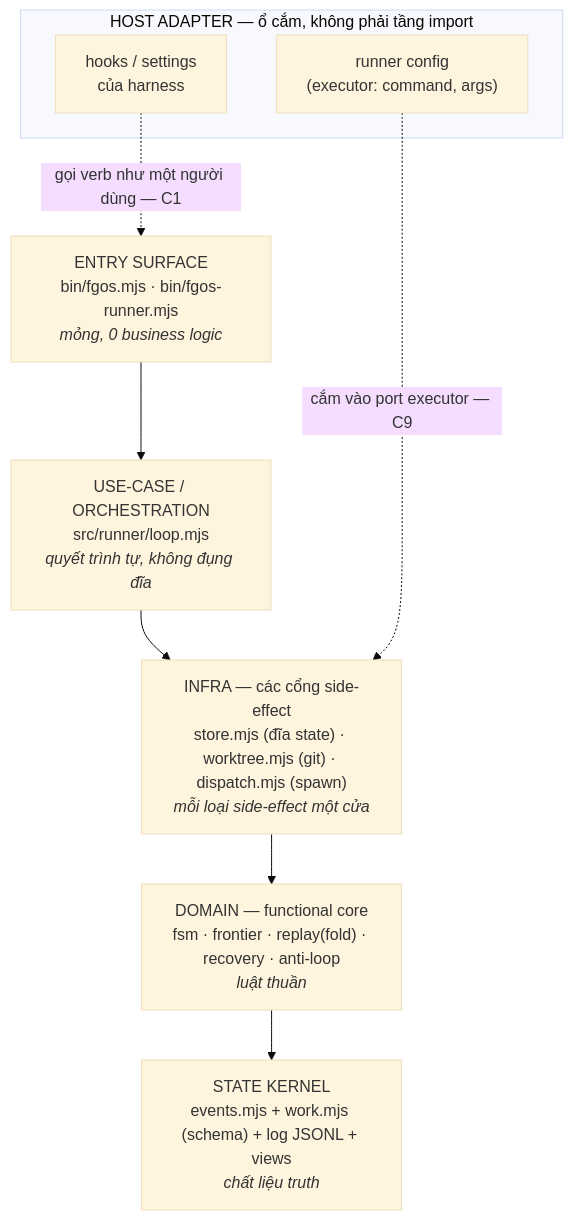
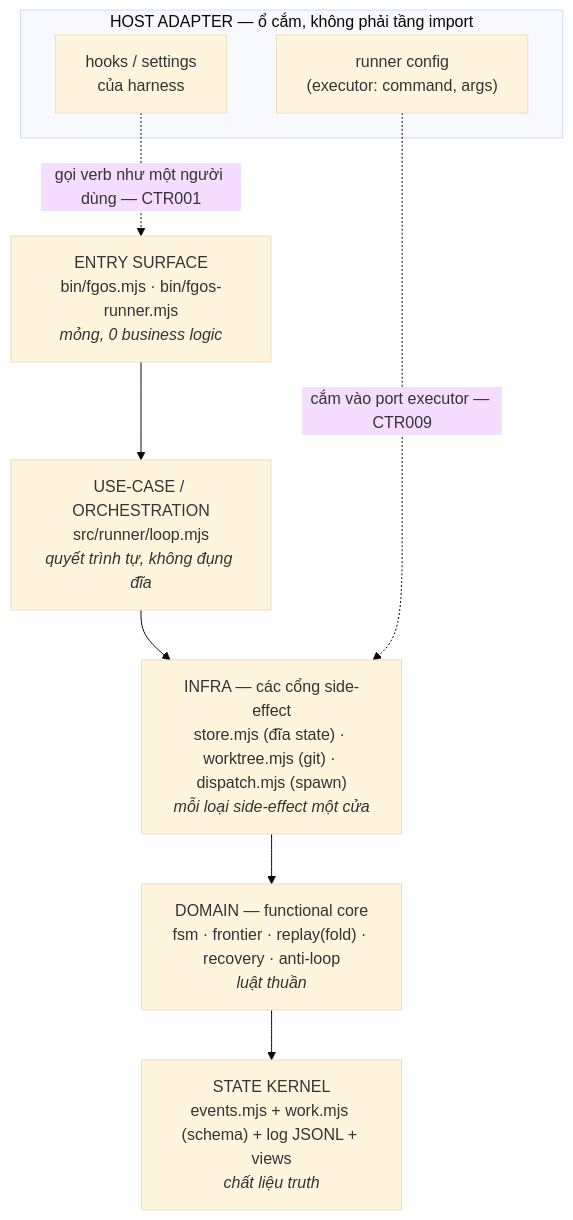
One commit to vantt/forgent changed the second of 5 diagrams in docs/architecture-map.md. Above: the diagram before and after it, drawn with Mermaid (base theme). The commit also changed other lines of this file and 2 other files, not shown here.

First line of the commit message:
docs(architecture-map): rename C1-C9 contract IDs to CTR001-CTR009

````diff
--- a/docs/architecture-map.md
+++ b/docs/architecture-map.md
@@ -127,15 +140,15 @@
 ```mermaid
 flowchart TB
     subgraph HOST["HOST ADAPTER — ổ cắm, không phải tầng import"]
         CFG["runner config<br/>(executor: command, args)"]
         HK["hooks / settings<br/>của harness"]
     end
     E["ENTRY SURFACE<br/>bin/fgos.mjs · bin/fgos-runner.mjs<br/><i>mỏng, 0 business logic</i>"]
     U["USE-CASE / ORCHESTRATION<br/>src/runner/loop.mjs<br/><i>quyết trình tự, không đụng đĩa</i>"]
     I["INFRA — các cổng side-effect<br/>store.mjs (đĩa state) · worktree.mjs (git) · dispatch.mjs (spawn)<br/><i>mỗi loại side-effect một cửa</i>"]
     D["DOMAIN — functional core<br/>fsm · frontier · replay(fold) · recovery · anti-loop<br/><i>luật thuần</i>"]
     K["STATE KERNEL<br/>events.mjs + work.mjs (schema) + log JSONL + views<br/><i>chất liệu truth</i>"]
     E --> U --> I --> D --> K
-    CFG -. "cắm vào port executor — C9" .-> I
-    HK -. "gọi verb như một người dùng — C1" .-> E
+    CFG -. "cắm vào port executor — CTR009" .-> I
+    HK -. "gọi verb như một người dùng — CTR001" .-> E
 ```
````
